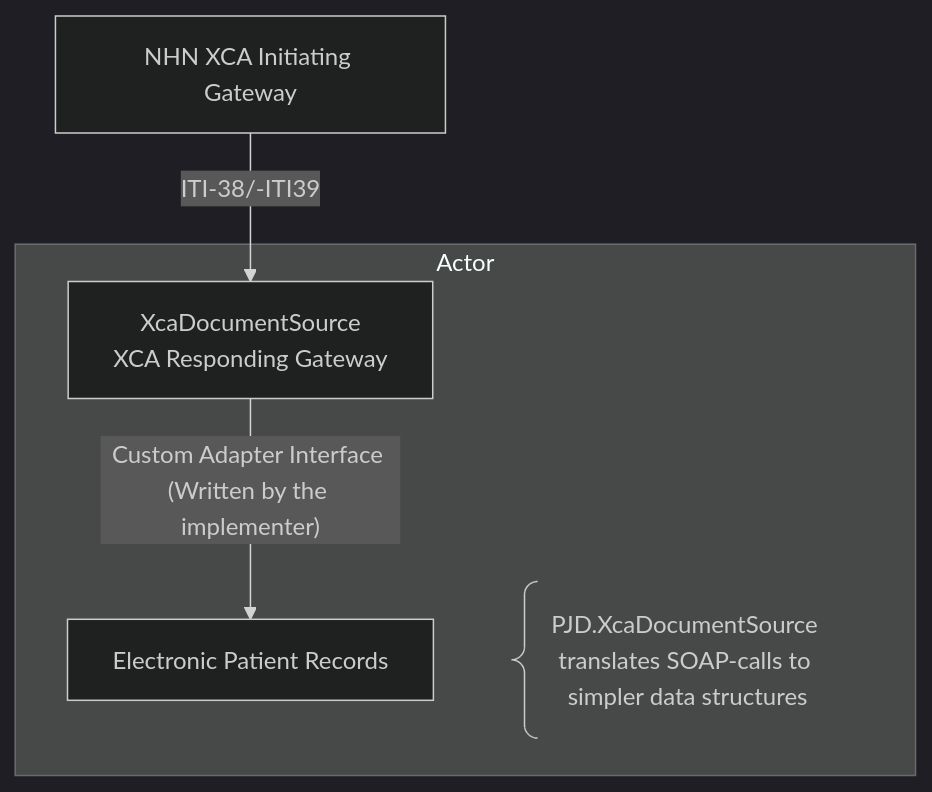
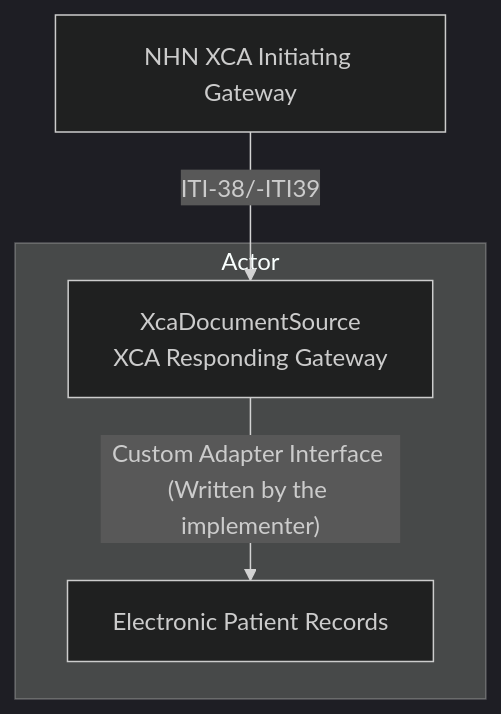
Before and after one commit to timmo-nhn/XcaDocumentSource: the first of 2 diagrams in README.md, drawn with Mermaid. The commit also changed other lines of this file and 12 other files, not shown here.

````diff
--- a/README.md
+++ b/README.md
@@ -16,13 +16,12 @@
 ```mermaid
 %%{init: {'theme':'dark'}}%%
 flowchart
 
 nhnxca[NHN XCA Initiating Gateway]
 subgraph "Actor"
   xcads[XcaDocumentSource<br>XCA Responding Gateway]
   epr[Electronic Patient Records]
-      A@{ shape: comment, label: "PJD.XcaDocumentSource translates SOAP-calls to simpler data structures" }
 end
 
 nhnxca--"ITI-38/-ITI39"-->xcads--"Custom Adapter Interface (Written by the implementer)"-->epr
 ```
````
